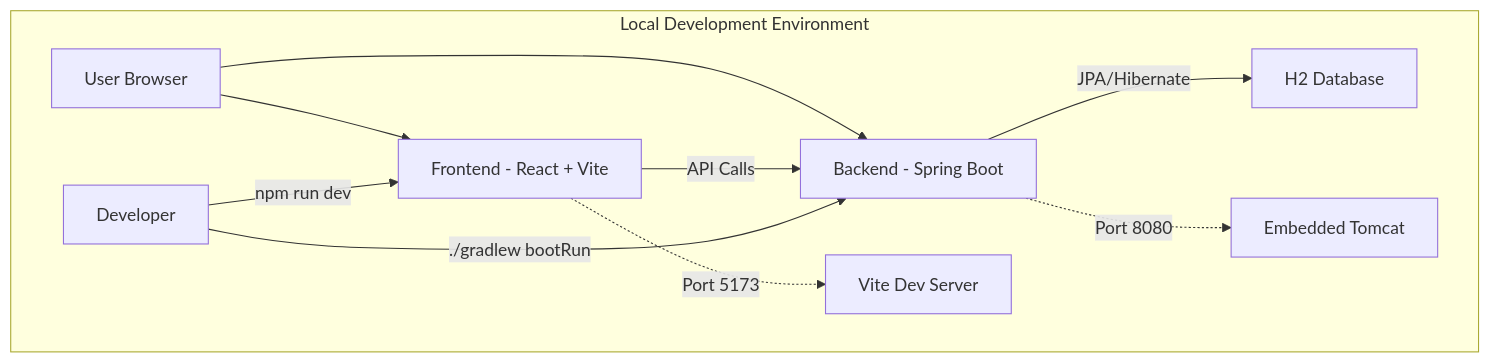
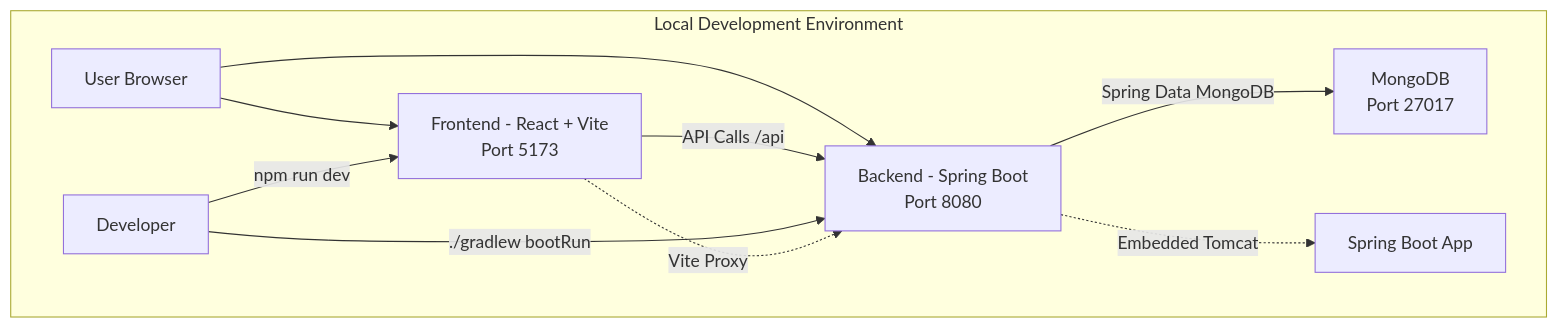
The first of 4 diagrams in design-plan/architecture-design.md (salieri009/MyTechPortFolio), drawn with Mermaid before and after one commit. The commit also changed other lines of this file and 70 other files, not shown here.

````diff
--- a/design-plan/architecture-design.md
+++ b/design-plan/architecture-design.md
@@ -12,16 +15,16 @@
 ```mermaid
 graph TD
     subgraph "Local Development Environment"
-        A[User Browser] --> B[Frontend - React + Vite];
-        A --> C[Backend - Spring Boot];
+        A[User Browser] --> B[Frontend - React + Vite<br/>Port 5173];
+        A --> C[Backend - Spring Boot<br/>Port 8080];
         
-        B -->|API Calls| C;
-        C -->|JPA/Hibernate| D[H2 Database];
+        B -->|API Calls /api| C;
+        C -->|Spring Data MongoDB| D[MongoDB<br/>Port 27017];
         
         E[Developer] -->|npm run dev| B;
         E -->|./gradlew bootRun| C;
         
-        B -.->|Port 5173| F[Vite Dev Server];
-        C -.->|Port 8080| G[Embedded Tomcat];
+        B -.->|Vite Proxy| C;
+        C -.->|Embedded Tomcat| F[Spring Boot App];
     end
 ```
````
